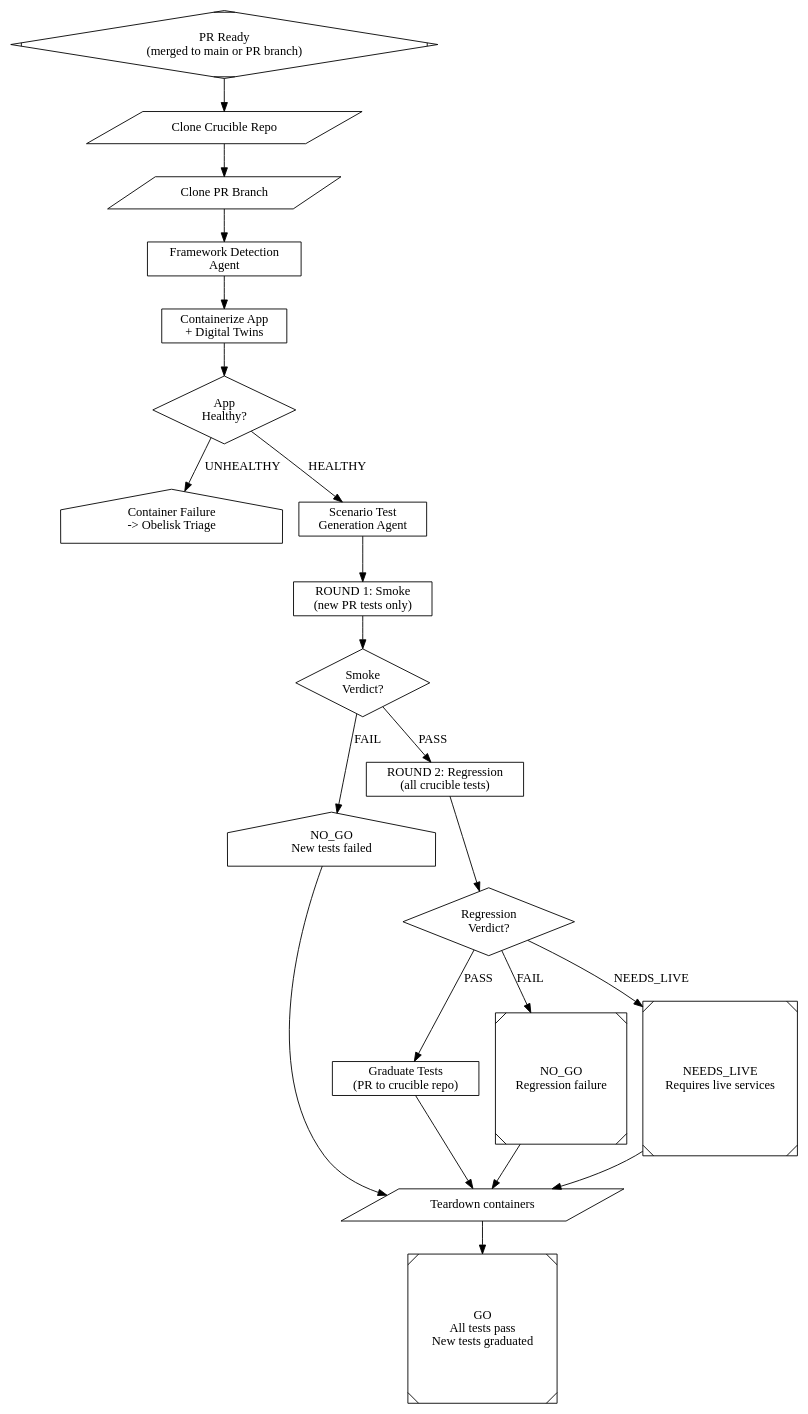
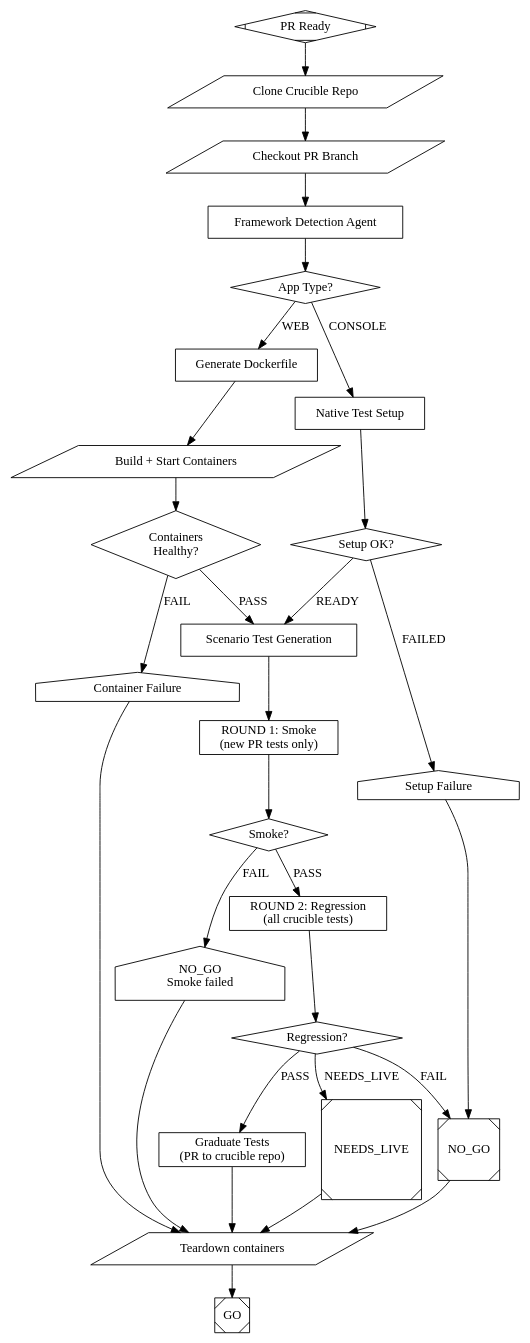
The diagram in pipelines/crucible.dot (ardrodus/dark-fac), drawn with Graphviz before and after one commit. The commit also changed 1 other file, not shown here.

Commit message:
refactor: rework Crucible for console + web paths, fix context variables
crucible.dot:
- Split pipeline by app type after framework detection:
  WEB → generate Dockerfile → containerize → health check → tests in container
  CONSOLE → native test setup → tests run directly in workspace
- Add generate_dockerfile node (docker_gen.py was deleted, nothing was creating them)
- Console apps skip Docker entirely — no overhead for CLIs/libraries
- Teardown is a no-op for console (docker compose down || true)
- All prompts reference $app_type so agents adapt their behavior
- Document all context variables in header

cli/dispatch.py:
- Add _resolve_workspace_config() helper — loads analysis + crucible + ouroboros
  config for the active repo
- Add _build_crucible_context() — builds full context dict with all variables
  the DOT pipeline references ($workspace, $app_type, $language, $framework,
  $test_cmd, $test_repo, $pr_number, $pr_branch)
- Docker check is now conditional: only required for web apps
- Both dispatch_test() and _run_crucible_interactive() use cli_colors API
- Replace raw sys.stdout.write with cprint/print_error

```diff
--- a/pipelines/crucible.dot
+++ b/pipelines/crucible.dot
@@ -5,31 +5,48 @@
 // ALL workflow logic, branching, and decisions live HERE — not in Python.
 // If you need to change Crucible's behavior, modify THIS file.
 //
-// The "bill becoming a law" pipeline:
-//   1. Pull crucible repo + PR branch
-//   2. Detect frameworks, install deps
-//   3. Containerize app with digital twins
-//   4. Generate scenario tests from PR diff
-//   5. ROUND 1: Run new PR tests (smoke)
-//   6. ROUND 2: Run all existing tests (regression)
-//   7. Graduate new tests to crucible repo via PR
+// The "bill becoming a law" pipeline — two paths based on app type:
+//
+//   WEB apps (has_web_server=true):
+//     provision → detect → generate Dockerfile → containerize → health check
+//     → generate tests → smoke → regression → teardown → graduate
+//
+//   CONSOLE apps (has_web_server=false):
+//     provision → detect → install deps natively
+//     → generate tests → smoke → regression → graduate
+//
+// Console apps skip containerization entirely — tests run directly in the
+// workspace. No Docker overhead for CLIs, libraries, or batch tools.
 //
 // Verdicts: GO | NO_GO | NEEDS_LIVE
 //
-// Flow: provision -> detect -> containerize -> generate -> smoke -> regress -> graduate
-//
 // Entry points: cli/dispatch.py → dispatch_test() or _run_crucible_interactive()
 // Both follow: _resolve_active_repo() → acquire_workspace() → engine.run_pipeline()
+//
+// Context variables (set by dispatch):
+//   $workspace    — path to the app workspace
+//   $test_repo    — HTTPS clone URL for the crucible companion test repo
+//   $pr_number    — PR number being validated
+//   $pr_branch    — branch name for the PR
+//   $app_type     — "web" or "console" (from workspace_config)
+//   $language     — primary language (from analysis)
+//   $framework    — framework if any (from analysis)
+//   $test_cmd     — project's test command (from analysis)
+//
+// Node shapes: box = LLM agent, parallelogram = shell, diamond = decision,
+//              house = terminal (non-exit), Mdiamond = start, Msquare = exit
 
 digraph crucible {
     graph [
         goal="Validate PR via two-round testing then graduate new tests to crucible repo"
     ]
 
-    // --- Entry ---
-    start [shape=Mdiamond, label="PR Ready\n(merged to main or PR branch)"]
+    // =============================================
+    // PHASE 1: PROVISION
+    // =============================================
 
-    // --- Phase 1: Provision ---
+    start [shape=Mdiamond, label="PR Ready"]
+
     clone_crucible [
         shape=parallelogram,
         label="Clone Crucible Repo",
@@ -39,95 +56,156 @@
 
     clone_pr [
         shape=parallelogram,
-        label="Clone PR Branch",
+        label="Checkout PR Branch",
         prompt="cd $workspace && git fetch origin $pr_branch && git checkout $pr_branch 2>&1 || echo 'Already on PR branch'",
         timeout="3m"
     ]
 
-    // --- Phase 2: Framework Detection ---
+    // =============================================
+    // PHASE 2: FRAMEWORK DETECTION
+    // =============================================
+
     detect_frameworks [
         shape=box,
-        label="Framework Detection\nAgent",
-        prompt="$eng_crucible_framework_agent\n\nExamine the target app at $workspace to determine which E2E/integration test frameworks are needed for Crucible validation.\n\nApp workspace: $workspace\nCrucible test repo: $workspace/.dark-factory/crucible-tests/\n\nIMPORTANT: Recommend SCENARIO/E2E frameworks, NOT unit test runners.\n- Web UI: Playwright (preferred), Cypress (NOT Jest or Mocha alone)\n- REST API: supertest (Node), httpx (Python) (NOT pytest alone)\n- pytest and Jest are test RUNNERS, not E2E frameworks\n\nAnalysis steps:\n1. Examine the app technology stack (language, framework, runtime)\n2. Identify testable surfaces: web UI, REST API, GraphQL, CLI, WebSocket\n3. For each surface, recommend ONE E2E/integration framework (max 3 total)\n4. Check what already exists in the crucible repo\n5. Install missing frameworks\n\nWrite detection results to: $workspace/.dark-factory/crucible/framework-detection.json"
+        label="Framework Detection Agent",
+        prompt="You are the Crucible framework detection agent.\n\nWorkspace: $workspace\nLanguage: $language\nFramework: $framework\nApp type: $app_type\nCrucible test repo: $workspace/.dark-factory/crucible-tests/\n\nDetermine which test frameworks are needed for Crucible validation.\n\nFor WEB apps ($app_type = web):\n- Web UI: Playwright (preferred), Cypress\n- REST API: supertest (Node), httpx (Python)\n- These are SCENARIO/E2E frameworks, NOT unit test runners\n\nFor CONSOLE apps ($app_type = console):\n- Use the project's own test runner ($test_cmd)\n- Add integration test frameworks if needed (e.g. pytest + subprocess for CLIs)\n- No E2E web frameworks needed\n\nSteps:\n1. Examine the app technology stack\n2. Identify testable surfaces based on app type\n3. Recommend frameworks (max 3 total)\n4. Check what already exists in the crucible repo\n\nWrite results to: $workspace/.dark-factory/crucible/framework-detection.json\nInclude: app_type, frameworks[], testable_surfaces[], install_commands[]\n\nOutput the final word: WEB or CONSOLE"
     ]
 
-    // --- Phase 3: Containerization + Twins ---
-    containerize [
+    // =============================================
+    // PHASE 3: ENVIRONMENT SETUP (split by app type)
+    // =============================================
+
+    app_type_check [shape=diamond, label="App Type?"]
+
+    // --- Web path: containerize ---
+
+    generate_dockerfile [
         shape=box,
-        label="Containerize App\n+ Digital Twins",
-        prompt="You are the Crucible containerization agent.\n\nWorkspace: $workspace\n\n1. Read the generated Dockerfile and docker-compose.yml in .dark-factory/generated/\n2. If digital twins are configured in .dark-factory/twins/, include them via compose merge\n3. Run: docker compose build\n4. Run: docker compose up -d\n5. Health-check all services (app + twins)\n6. Mount crucible tests into the container at /crucible/\n\nReport: HEALTHY if all services pass health checks, UNHEALTHY otherwise."
+        label="Generate Dockerfile",
+        prompt="You are the Crucible containerization agent.\n\nWorkspace: $workspace\nLanguage: $language\nFramework: $framework\n\nGenerate Docker files for running the app and its dependencies:\n\n1. Read the project structure, package files, and any existing Dockerfile\n2. Generate $workspace/.dark-factory/crucible/Dockerfile:\n   - Use an appropriate base image for $language\n   - Install project dependencies\n   - Copy source code\n   - Set the entrypoint to start the app\n3. Generate $workspace/.dark-factory/crucible/docker-compose.yml:\n   - App service from the Dockerfile above\n   - If the app uses a database (check for ORM configs, connection strings):\n     add a database service (postgres, mysql, redis, etc.) as a digital twin\n   - Expose relevant ports\n   - Health check for the app service\n   - Mount crucible tests at /crucible/\n4. Do NOT use .dark-factory/generated/ or .dark-factory/twins/ — generate everything fresh\n\nWrite file paths to: $workspace/.dark-factory/crucible/container-config.json\n\nOutput: READY"
     ]
 
-    health_check [shape=diamond, label="App\nHealthy?"]
-    container_failed [shape=house, label="Container Failure\n-> Obelisk Triage"]
+    containerize [
+        shape=parallelogram,
+        label="Build + Start Containers",
+        prompt="cd $workspace && docker compose -f .dark-factory/crucible/docker-compose.yml -p crucible build && docker compose -f .dark-factory/crucible/docker-compose.yml -p crucible up -d --wait 2>&1",
+        timeout="10m"
+    ]
 
-    // --- Phase 4: Scenario Generation ---
+    health_check [shape=diamond, label="Containers\nHealthy?"]
+    container_failed [shape=house, label="Container Failure"]
+
+    // --- Console path: native setup ---
+
+    native_setup [
+        shape=box,
+        label="Native Test Setup",
+        prompt="You are the Crucible native test setup agent.\n\nWorkspace: $workspace\nLanguage: $language\nFramework: $framework\nTest command: $test_cmd\n\nSet up the test environment directly in the workspace (no Docker):\n\n1. Read $workspace/.dark-factory/crucible/framework-detection.json\n2. Install any missing test frameworks from the detection results:\n   - Python: pip install into .venv (cd $workspace && .venv/bin/pip install ...)\n   - Node: npm install --save-dev ...\n   - Go/Rust: already available via go test / cargo test\n3. Verify the test command works: run $test_cmd with --co or --collect-only if available\n4. Verify crucible test directory exists: $workspace/.dark-factory/crucible-tests/\n\nOutput: READY if setup succeeded, FAILED if critical setup failed"
+    ]
+
+    native_check [shape=diamond, label="Setup OK?"]
+    native_failed [shape=house, label="Setup Failure"]
+
+    // =============================================
+    // PHASE 4: SCENARIO TEST GENERATION
+    // (both paths converge here)
+    // =============================================
+
     generate_scenarios [
         shape=box,
-        label="Scenario Test\nGeneration Agent",
-        prompt="$eng_crucible_scenario_agent\n\nRead the PR diff and generate end-to-end scenario tests.\n\nWorkspace: $workspace\nPR number: $pr_number\nPR branch: $pr_branch\nBase SHA: $base_sha\nHead SHA: $head_sha\nCrucible tests: $workspace/.dark-factory/crucible-tests/\n\nSteps:\n1. Run: git diff $base_sha...$head_sha in $workspace\n2. Identify changed files, new endpoints, modified UI components\n3. Generate 1-5 test files using detected framework patterns\n4. Write to: crucible-tests/tests/pr-$pr_number-<feature>.spec.<ext>\n\nRules:\n- Each test exercises a USER-VISIBLE behavior change\n- Tests must be self-contained and deterministic\n- Use detected framework idioms\n- Max 500 lines total"
+        label="Scenario Test Generation",
+        prompt="You are the Crucible scenario test generation agent.\n\nWorkspace: $workspace\nApp type: $app_type\nLanguage: $language\nFramework: $framework\nPR number: $pr_number\nPR branch: $pr_branch\nCrucible tests: $workspace/.dark-factory/crucible-tests/\n\nGenerate tests that validate the PR's changes.\n\nSteps:\n1. Run: cd $workspace && git diff origin/main...$pr_branch -- . ':!.dark-factory'\n2. Identify changed files, new functions, modified endpoints or CLI commands\n3. Read $workspace/.dark-factory/crucible/framework-detection.json for framework choices\n4. Generate 1-5 test files based on app type:\n\n   For WEB apps:\n   - E2E tests using detected framework (Playwright, httpx, etc.)\n   - Test against the running container (localhost:<port>)\n   - Exercise new endpoints, UI flows, API responses\n\n   For CONSOLE apps:\n   - Integration tests using project's test framework\n   - Test CLI commands via subprocess if applicable\n   - Test new functions/modules directly\n   - Run in the workspace, not in a container\n\n5. Write to: $workspace/.dark-factory/crucible-tests/tests/pr-$pr_number-<feature>.spec.<ext>\n\nRules:\n- Each test exercises a USER-VISIBLE behavior change from the PR\n- Tests must be self-contained and deterministic\n- Use detected framework idioms\n- Max 500 lines total across all generated files\n\nOutput: GENERATED"
     ]
 
-    // --- Phase 5: Round 1 -- Smoke (PR tests only) ---
+    // =============================================
+    // PHASE 5: ROUND 1 — SMOKE (new PR tests only)
+    // =============================================
+
     round1_smoke [
         shape=box,
         label="ROUND 1: Smoke\n(new PR tests only)",
-        prompt="You are the Crucible smoke test runner.\n\nWorkspace: $workspace\nCrucible: $workspace/.dark-factory/crucible-tests/\nPR number: $pr_number\n\nRun ONLY the newly generated PR tests (files matching tests/pr-$pr_number-*).\nDo NOT run existing tests yet.\n\nFor each failure, classify as:\n- REAL_BUG: Genuine assertion failure on correct behavior\n- FLAKY: Timeout, element not found, race condition\n- ENV_ISSUE: Connection refused, missing service\n- NEEDS_LIVE: Requires external service not available\n\nVerdict: PASS (all tests pass or only FLAKY) | FAIL (any REAL_BUG)"
+        prompt="You are the Crucible smoke test runner.\n\nWorkspace: $workspace\nApp type: $app_type\nCrucible tests: $workspace/.dark-factory/crucible-tests/\nPR number: $pr_number\n\nRun ONLY the newly generated PR tests (files matching tests/pr-$pr_number-*).\nDo NOT run existing tests yet.\n\nFor WEB apps: tests run against the container (localhost:<port>).\nFor CONSOLE apps: tests run directly in the workspace.\n\nFor each failure, classify as:\n- REAL_BUG: Genuine assertion failure on correct behavior\n- FLAKY: Timeout, element not found, race condition\n- ENV_ISSUE: Connection refused, missing service\n- NEEDS_LIVE: Requires external service not available in this environment\n\nWrite results to: $workspace/.dark-factory/crucible/smoke-results.json\n\nOutput verdict as final line: PASS (all pass or only FLAKY) | FAIL (any REAL_BUG)"
     ]
 
-    smoke_verdict [shape=diamond, label="Smoke\nVerdict?"]
-    smoke_failed [shape=house, label="NO_GO\nNew tests failed"]
+    smoke_verdict [shape=diamond, label="Smoke?"]
+    smoke_failed [shape=house, label="NO_GO\nSmoke failed"]
 
-    // --- Phase 6: Round 2 -- Full Regression ---
+    // =============================================
+    // PHASE 6: ROUND 2 — FULL REGRESSION
+    // =============================================
+
     round2_regression [
         shape=box,
         label="ROUND 2: Regression\n(all crucible tests)",
-        prompt="You are the Crucible regression test runner.\n\nWorkspace: $workspace\nCrucible: $workspace/.dark-factory/crucible-tests/\n\nRun the FULL test suite: all existing crucible tests PLUS the new PR tests.\nThis validates the new tests do not break existing tests.\n\nClassify failures the same way as Round 1.\n\nVerdict:\n- PASS: All tests pass (>= 95% pass rate AND zero REAL_BUG)\n- FAIL: Any REAL_BUG found\n- NEEDS_LIVE: Tests require live services (zero REAL_BUG)"
+        prompt="You are the Crucible regression test runner.\n\nWorkspace: $workspace\nApp type: $app_type\nCrucible tests: $workspace/.dark-factory/crucible-tests/\n\nRun the FULL test suite: all existing crucible tests PLUS the new PR tests.\nThis validates the new code does not break existing tests.\n\nFor WEB apps: tests run against the container.\nFor CONSOLE apps: tests run directly in the workspace.\n\nClassify failures the same way as Round 1.\n\nWrite results to: $workspace/.dark-factory/crucible/regression-results.json\n\nOutput verdict as final line:\n- PASS: All tests pass (>= 95% pass rate AND zero REAL_BUG)\n- FAIL: Any REAL_BUG found\n- NEEDS_LIVE: Tests require live services not available (zero REAL_BUG)"
     ]
 
-    regression_verdict [shape=diamond, label="Regression\nVerdict?"]
+    regression_verdict [shape=diamond, label="Regression?"]
 
-    // --- Phase 7: Test Graduation ---
+    // =============================================
+    // PHASE 7: TEARDOWN (web only) + TEST GRADUATION
+    // =============================================
+
+    teardown [
+        shape=parallelogram,
+        label="Teardown containers",
+        prompt="cd $workspace && docker compose -f .dark-factory/crucible/docker-compose.yml -p crucible down -v --remove-orphans 2>&1 || true",
+        timeout="2m"
+    ]
+
     graduate_tests [
         shape=box,
         label="Graduate Tests\n(PR to crucible repo)",
-        prompt="$eng_crucible_graduation_agent\n\nTests passed both rounds — time to make them permanent.\n\nCrucible repo: $workspace/.dark-factory/crucible-tests/\nApp repo: $app_repo\nPR number: $pr_number\n\nSteps:\n1. Rename test files: remove 'pr-$pr_number-' prefix\n2. Check for naming conflicts with existing tests\n3. Create branch: crucible/graduate-pr-$pr_number\n4. Commit: 'feat(crucible): graduate tests from PR #$pr_number'\n5. Push and create PR to crucible repo\n\nThe bill becomes law."
+        prompt="You are the Crucible test graduation agent.\n\nCrucible repo: $workspace/.dark-factory/crucible-tests/\nPR number: $pr_number\n\nTests passed both rounds — time to make them permanent.\n\nSteps:\n1. Find all test files matching: tests/pr-$pr_number-*\n2. Rename: remove 'pr-$pr_number-' prefix (e.g. pr-42-auth.spec.ts → auth.spec.ts)\n3. Check for naming conflicts with existing tests\n4. cd $workspace/.dark-factory/crucible-tests/\n5. git checkout -b crucible/graduate-pr-$pr_number\n6. git add -A && git commit -m 'feat(crucible): graduate tests from PR #$pr_number'\n7. git push -u origin crucible/graduate-pr-$pr_number\n8. gh pr create --title 'crucible: graduate PR #$pr_number tests' --label crucible-passed\n\nThe bill becomes law.\n\nOutput: GO"
     ]
 
-    // --- Terminals ---
-    go [shape=Msquare, label="GO\nAll tests pass\nNew tests graduated"]
-    no_go [shape=Msquare, label="NO_GO\nRegression failure"]
-    needs_live [shape=Msquare, label="NEEDS_LIVE\nRequires live services"]
+    // =============================================
+    // TERMINALS
+    // =============================================
 
-    // --- Teardown ---
-    teardown [
-        shape=parallelogram,
-        label="Teardown containers",
-        prompt="cd $workspace && docker compose -p crucible down -v --remove-orphans 2>&1 || true",
-        timeout="2m"
-    ]
+    go [shape=Msquare, label="GO"]
+    no_go [shape=Msquare, label="NO_GO"]
+    needs_live [shape=Msquare, label="NEEDS_LIVE"]
 
-    // --- Flow ---
+    // =============================================
+    // FLOW
+    // =============================================
+
+    // Provision
     start -> clone_crucible -> clone_pr -> detect_frameworks
-    detect_frameworks -> containerize -> health_check
 
-    health_check -> generate_scenarios [label="HEALTHY"]
-    health_check -> container_failed [label="UNHEALTHY"]
+    // Split by app type
+    detect_frameworks -> app_type_check
+    app_type_check -> generate_dockerfile [label="WEB"]
+    app_type_check -> native_setup [label="CONSOLE"]
 
+    // Web path: dockerfile → build → health check
+    generate_dockerfile -> containerize -> health_check
+    health_check -> generate_scenarios [label="PASS"]
+    health_check -> container_failed [label="FAIL"]
+
+    // Console path: native setup → check
+    native_setup -> native_check
+    native_check -> generate_scenarios [label="READY"]
+    native_check -> native_failed [label="FAILED"]
+
+    // Both paths converge: generate → smoke → regression
     generate_scenarios -> round1_smoke -> smoke_verdict
-
     smoke_verdict -> round2_regression [label="PASS"]
     smoke_verdict -> smoke_failed [label="FAIL"]
 
     round2_regression -> regression_verdict
-
     regression_verdict -> graduate_tests [label="PASS"]
     regression_verdict -> no_go [label="FAIL"]
     regression_verdict -> needs_live [label="NEEDS_LIVE"]
 
+    // Graduate then done (web tears down containers first)
     graduate_tests -> teardown -> go
 
+    // Failure paths also teardown containers (no-op for console)
     smoke_failed -> teardown
     no_go -> teardown
     needs_live -> teardown
+    container_failed -> teardown
+    native_failed -> no_go
 }
```
